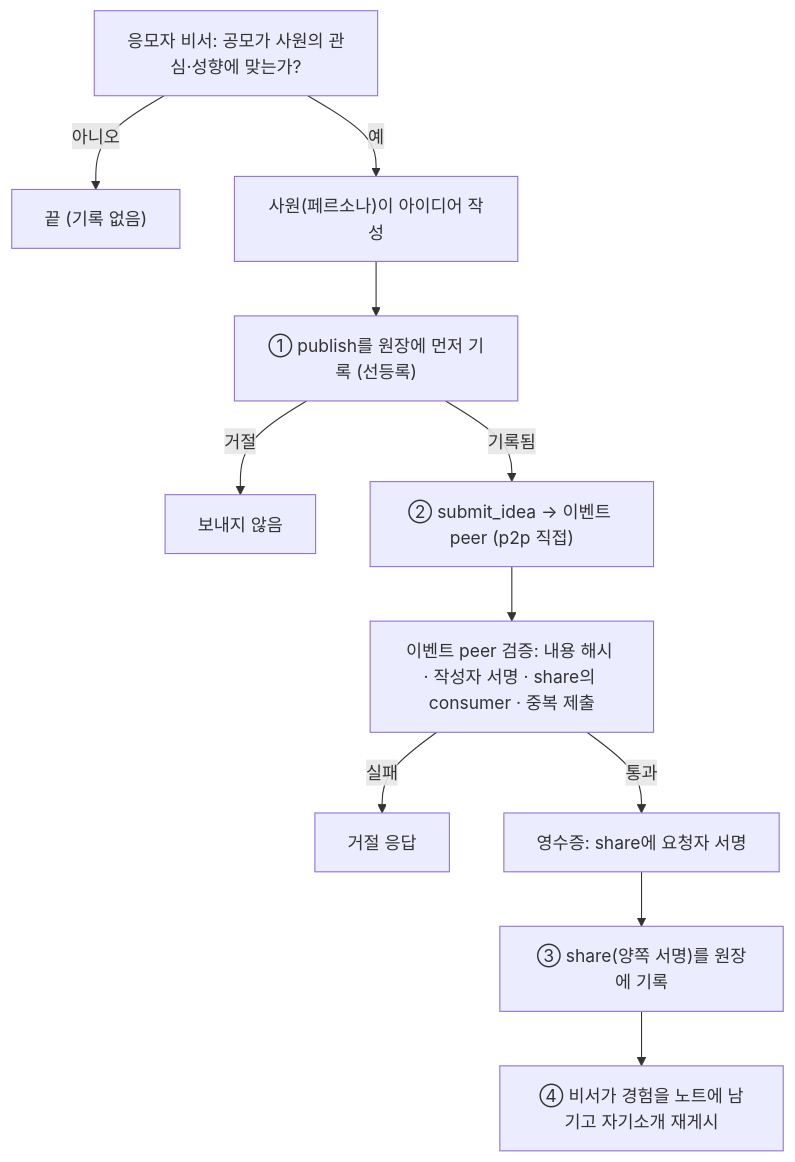
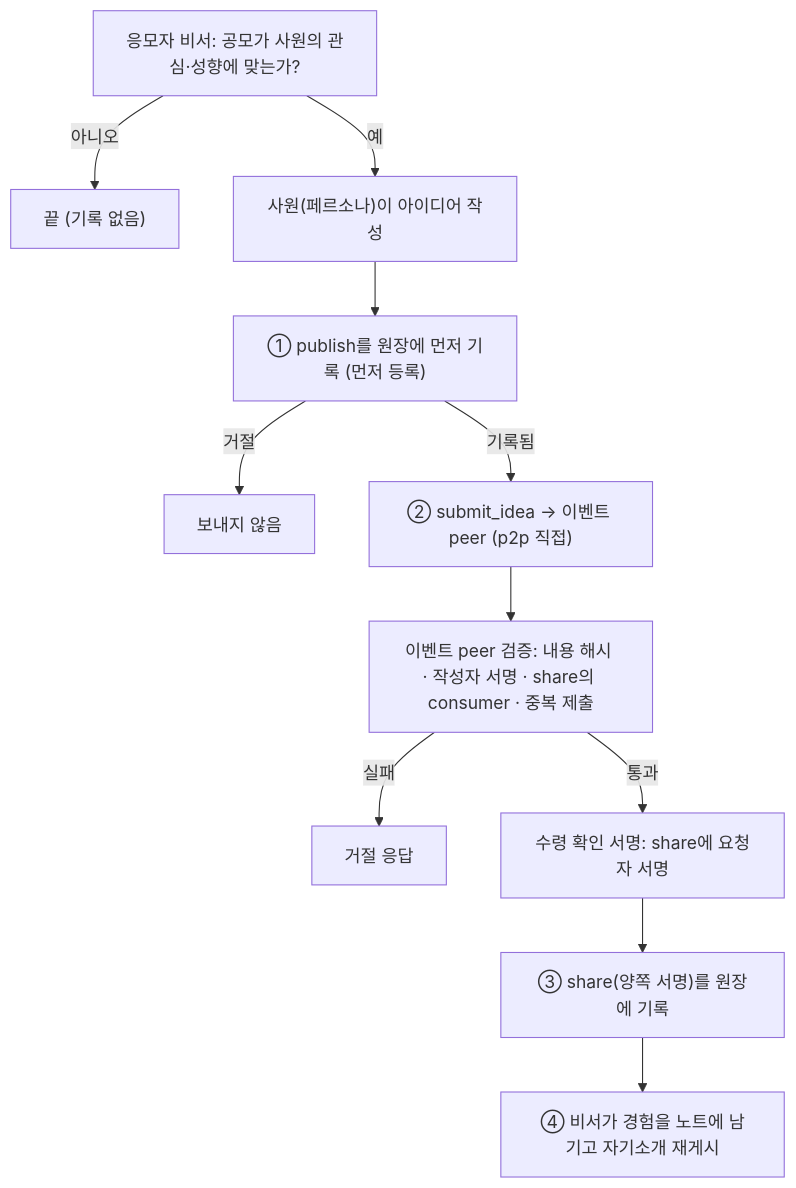
Before and after one commit to tanminkwan/share-ur-tokens: the diagram in docs/a2a-transaction.md, drawn with Mermaid. The commit also changed other lines of this file and 16 other files, not shown here.

````diff
--- a/docs/a2a-transaction.md
+++ b/docs/a2a-transaction.md
@@ -25,13 +25,13 @@
 ```mermaid
 flowchart TD
     A["응모자 비서: 공모가 사원의 관심·성향에 맞는가?"] -->|아니오| Z["끝 (기록 없음)"]
     A -->|예| B["사원(페르소나)이 아이디어 작성"]
-    B --> C["① publish를 원장에 먼저 기록 (선등록)"]
+    B --> C["① publish를 원장에 먼저 기록 (먼저 등록)"]
     C -->|거절| Z2["보내지 않음"]
     C -->|기록됨| D["② submit_idea → 이벤트 peer (p2p 직접)"]
     D --> E["이벤트 peer 검증: 내용 해시 · 작성자 서명 · share의 consumer · 중복 제출"]
     E -->|실패| Z3["거절 응답"]
-    E -->|통과| F["영수증: share에 요청자 서명"]
+    E -->|통과| F["수령 확인 서명: share에 요청자 서명"]
     F --> G["③ share(양쪽 서명)를 원장에 기록"]
     G --> H["④ 비서가 경험을 노트에 남기고 자기소개 재게시"]
 ```
````
